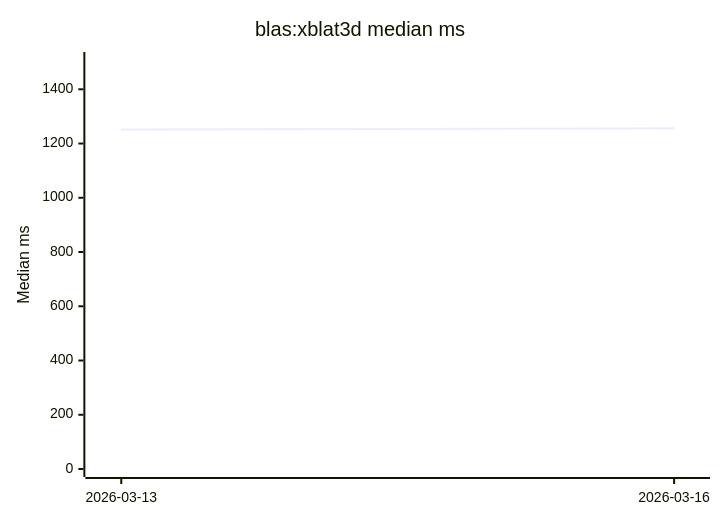
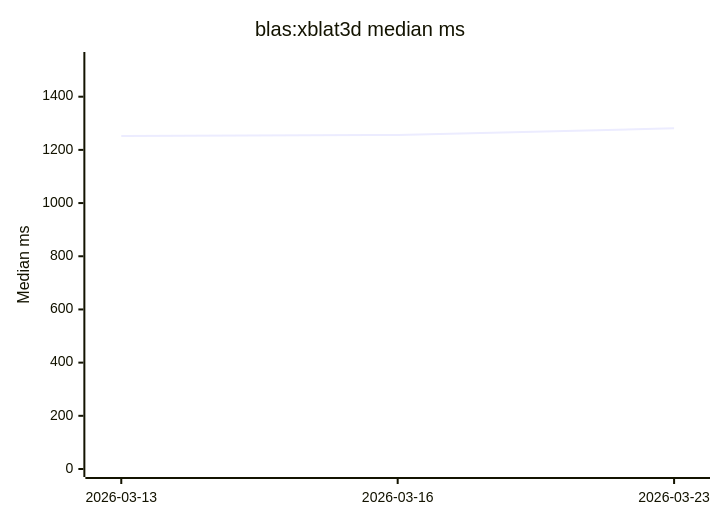
One commit to NeoZedAtlas/Col6Forge changed the first of 2 diagrams in PERFORMANCE.md. Above: the diagram before and after it, drawn with Mermaid. The commit also changed other lines of this file and 2 other files, not shown here.

````diff
--- a/PERFORMANCE.md
+++ b/PERFORMANCE.md
@@ -20,7 +20,7 @@
 ```mermaid
 xychart-beta
     title "blas:xblat3d median ms"
-    x-axis ["2026-03-13", "2026-03-16"]
-    y-axis "Median ms" 0 --> 1508
-    line [1252, 1256]
+    x-axis ["2026-03-13", "2026-03-16", "2026-03-23"]
+    y-axis "Median ms" 0 --> 1538
+    line [1252, 1256, 1281]
 ```
````
